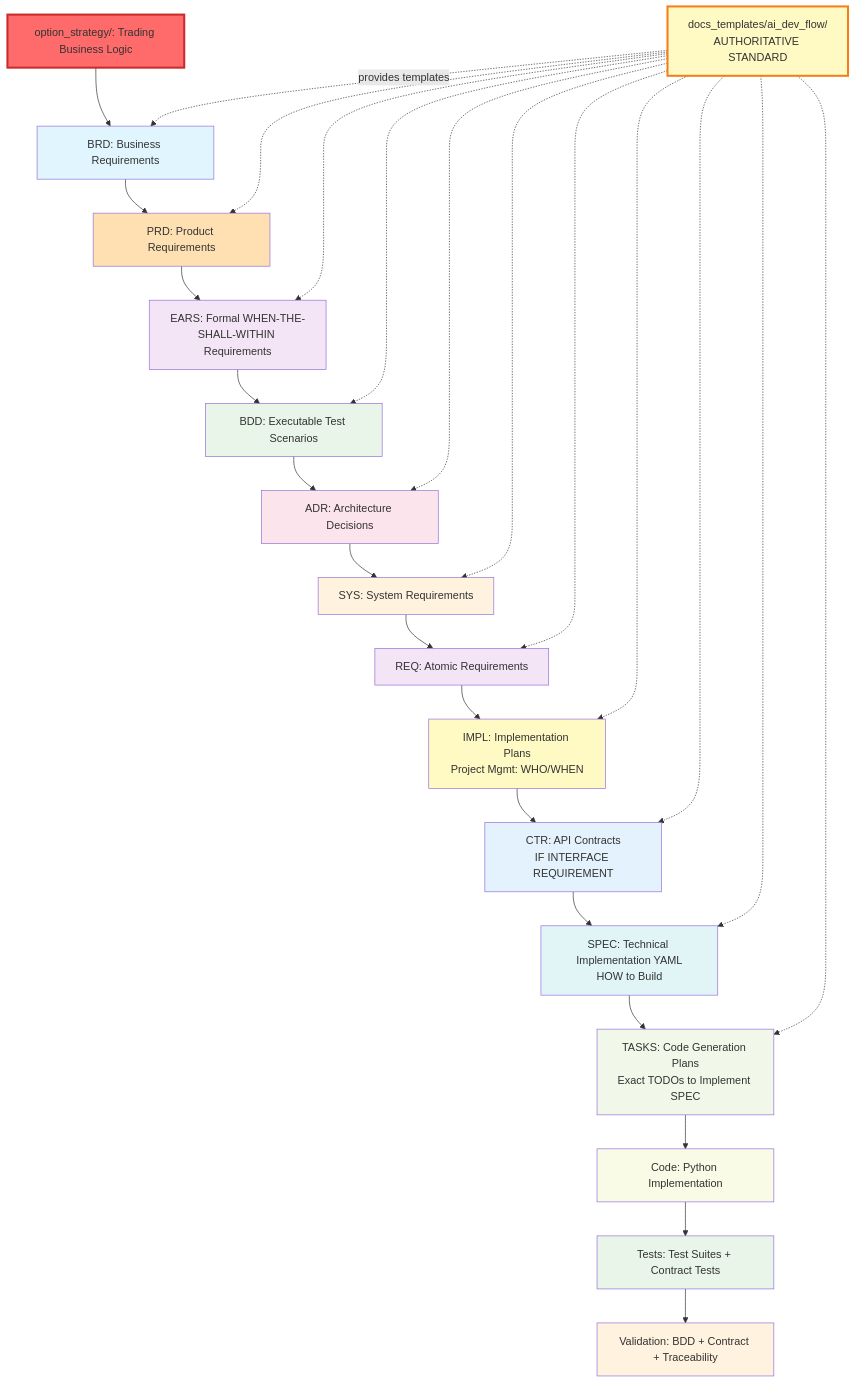
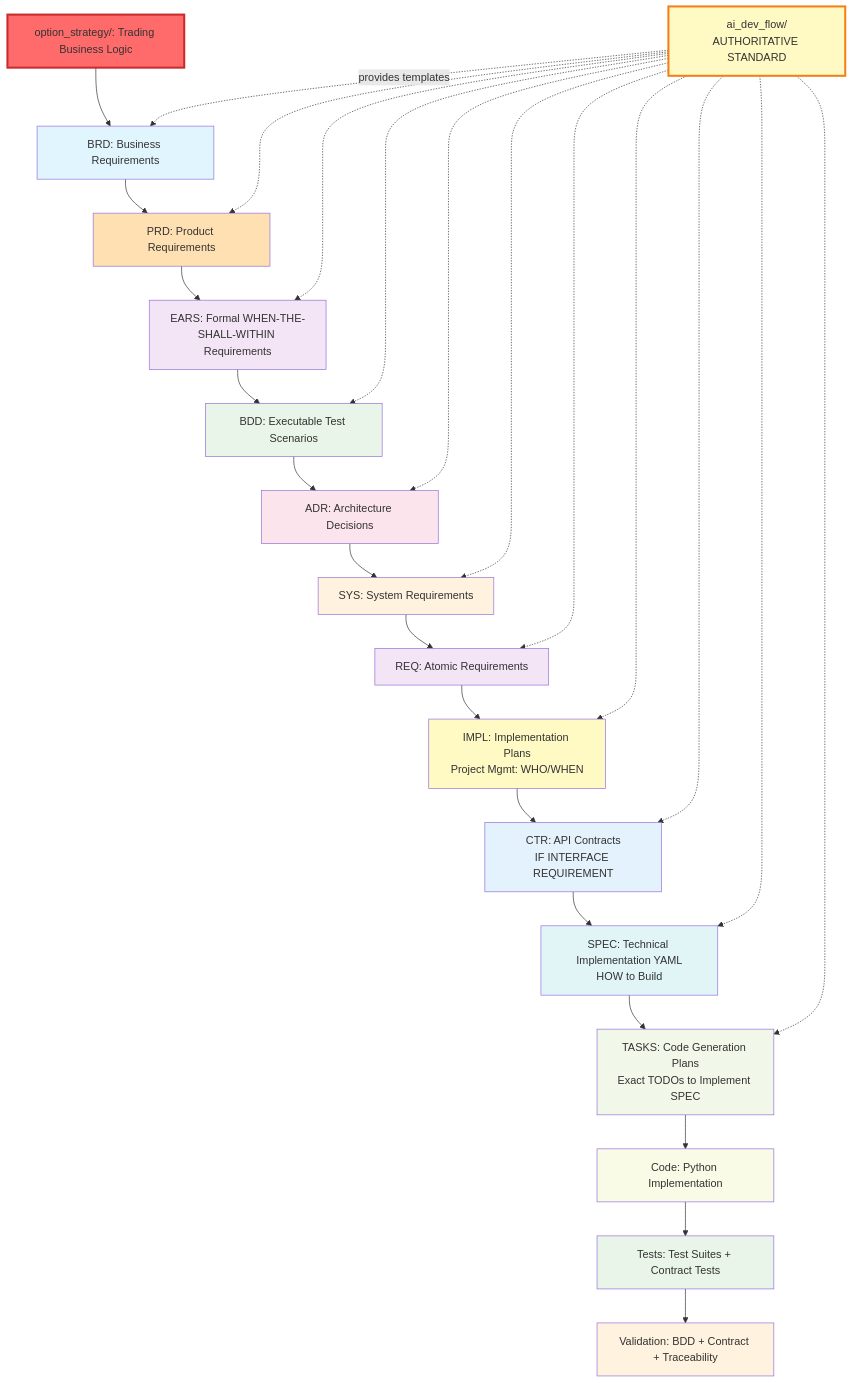
The diagram in .clinerules/doc-flow.md (vladm3105/aidoc-flow-framework), drawn with Mermaid before and after one commit. The commit also changed other lines of this file and 18 other files, not shown here.

````diff
--- a/.clinerules/doc-flow.md
+++ b/.clinerules/doc-flow.md
@@ -153,45 +153,45 @@
 ```mermaid
 flowchart TD
     Strategy[option_strategy/: Trading Business Logic] --> BRD[BRD: Business Requirements]
     BRD --> PRD[PRD: Product Requirements]
     PRD --> EARS[EARS: Formal WHEN-THE-SHALL-WITHIN Requirements]
     EARS --> BDD[BDD: Executable Test Scenarios]
     BDD --> ADR[ADR: Architecture Decisions]
     ADR --> SYS[SYS: System Requirements]
     SYS --> REQ[REQ: Atomic Requirements]
     REQ --> IMPL[IMPL: Implementation Plans<br/>Project Mgmt: WHO/WHEN]
     IMPL --> CTR[CTR: API Contracts<br/>IF INTERFACE REQUIREMENT]
     CTR --> SPEC[SPEC: Technical Implementation YAML<br/>HOW to Build]
     SPEC --> TASKS[TASKS: Code Generation Plans<br/>Exact TODOs to Implement SPEC]
     TASKS --> Code[Code: Python Implementation]
     Code --> Tests[Tests: Test Suites + Contract Tests]
     Tests --> Validation[Validation: BDD + Contract + Traceability]
-    Templates[docs_templates/ai_dev_flow/<br/>AUTHORITATIVE STANDARD] -.->|provides templates| BRD
+    Templates[ai_dev_flow/<br/>AUTHORITATIVE STANDARD] -.->|provides templates| BRD
     Templates -.-> PRD
     Templates -.-> EARS
     Templates -.-> BDD
     Templates -.-> ADR
     Templates -.-> SYS
     Templates -.-> REQ
     Templates -.-> IMPL
     Templates -.-> CTR
     Templates -.-> SPEC
     Templates -.-> TASKS
 
     style Strategy fill:#ff6b6b,stroke:#c92a2a,stroke-width:3px
     style BRD fill:#e1f5fe
     style PRD fill:#ffe0b2
     style EARS fill:#f3e5f5
     style BDD fill:#e8f5e8
     style ADR fill:#fce4ec
     style SYS fill:#fff3e0
     style REQ fill:#f3e5f5
     style IMPL fill:#fff9c4
     style CTR fill:#e3f2fd
     style SPEC fill:#e1f5f7
     style TASKS fill:#f1f8e9
     style Code fill:#f9fbe7
     style Tests fill:#e8f5e8
     style Validation fill:#fff3e0
     style Templates fill:#fff9c4,stroke:#f57f17,stroke-width:3px
 ```
````
